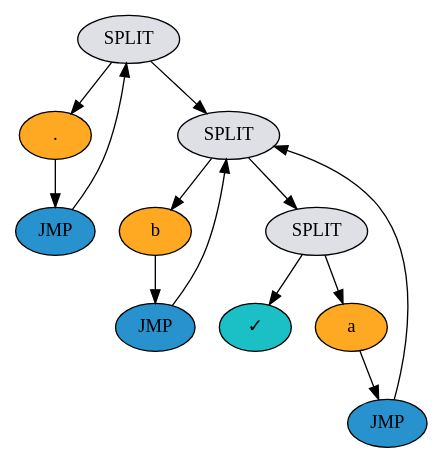
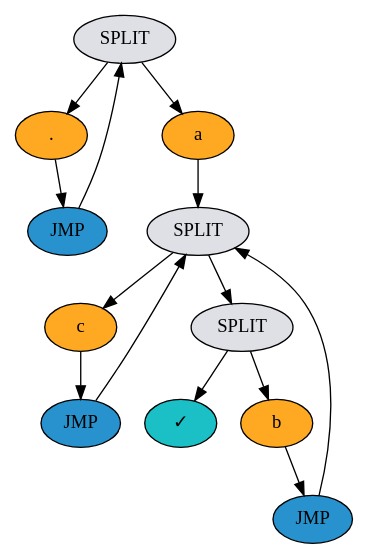
Before and after one commit to leonardo-panseri/cicero-on-vidor4000: the diagram in cicero-compiler/debug0.dot, drawn with Graphviz. The commit also changed 17 other files, not shown here.

```diff
--- a/cicero-compiler/debug0.dot
+++ b/cicero-compiler/debug0.dot
@@ -1,25 +1,27 @@
 digraph{
-1709880271984 -> 1709880272176
-1709880271984 -> 1709880272368
-1709880271984 [label="SPLIT" color="black" fillcolor="#dee0e6" style="filled"]
-1709880272176 -> 1709880272080
-1709880272176 [label ="\." color="black" fillcolor="#ffa822" style="filled"]
-1709880272080 -> 1709880271984
-1709880272080 [label="JMP" color="black" fillcolor="#2792ce" style="filled"]
-1709880272368 -> 1709880270880
-1709880272368 -> 1709880270832
-1709880272368 [label="SPLIT" color="black" fillcolor="#dee0e6" style="filled"]
-1709880270880 -> 1709880270448
-1709880270880 [label ="b" color="black" fillcolor="#ffa822" style="filled"]
-1709880270448 -> 1709880272368
-1709880270448 [label="JMP" color="black" fillcolor="#2792ce" style="filled"]
-1709880270832 -> 1709874495056
-1709880270832 -> 1709880271072
-1709880270832 [label="SPLIT" color="black" fillcolor="#dee0e6" style="filled"]
-1709874495056 [label="✓" color="black"  fillcolor="#1ac0c6"	style="filled"]
-1709880271072 -> 1709880271792
-1709880271072 [label ="a" color="black" fillcolor="#ffa822" style="filled"]
-1709880271792 -> 1709880272368
-1709880271792 [label="JMP" color="black" fillcolor="#2792ce" style="filled"]
+2615202111280 -> 2615202113152
+2615202111280 -> 2615202112384
+2615202111280 [label="SPLIT" color="black" fillcolor="#dee0e6" style="filled"]
+2615202113152 -> 2615202113056
+2615202113152 [label ="\." color="black" fillcolor="#ffa822" style="filled"]
+2615202113056 -> 2615202111280
+2615202113056 [label="JMP" color="black" fillcolor="#2792ce" style="filled"]
+2615202112384 -> 2615202113440
+2615202112384 [label ="a" color="black" fillcolor="#ffa822" style="filled"]
+2615202113440 -> 2615202112144
+2615202113440 -> 2615202113344
+2615202113440 [label="SPLIT" color="black" fillcolor="#dee0e6" style="filled"]
+2615202112144 -> 2615202113008
+2615202112144 [label ="c" color="black" fillcolor="#ffa822" style="filled"]
+2615202113008 -> 2615202113440
+2615202113008 [label="JMP" color="black" fillcolor="#2792ce" style="filled"]
+2615202113344 -> 2615196335696
+2615202113344 -> 2615202112096
+2615202113344 [label="SPLIT" color="black" fillcolor="#dee0e6" style="filled"]
+2615196335696 [label="✓" color="black"  fillcolor="#1ac0c6"	style="filled"]
+2615202112096 -> 2615202111616
+2615202112096 [label ="b" color="black" fillcolor="#ffa822" style="filled"]
+2615202111616 -> 2615202113440
+2615202111616 [label="JMP" color="black" fillcolor="#2792ce" style="filled"]
 
 }
```
